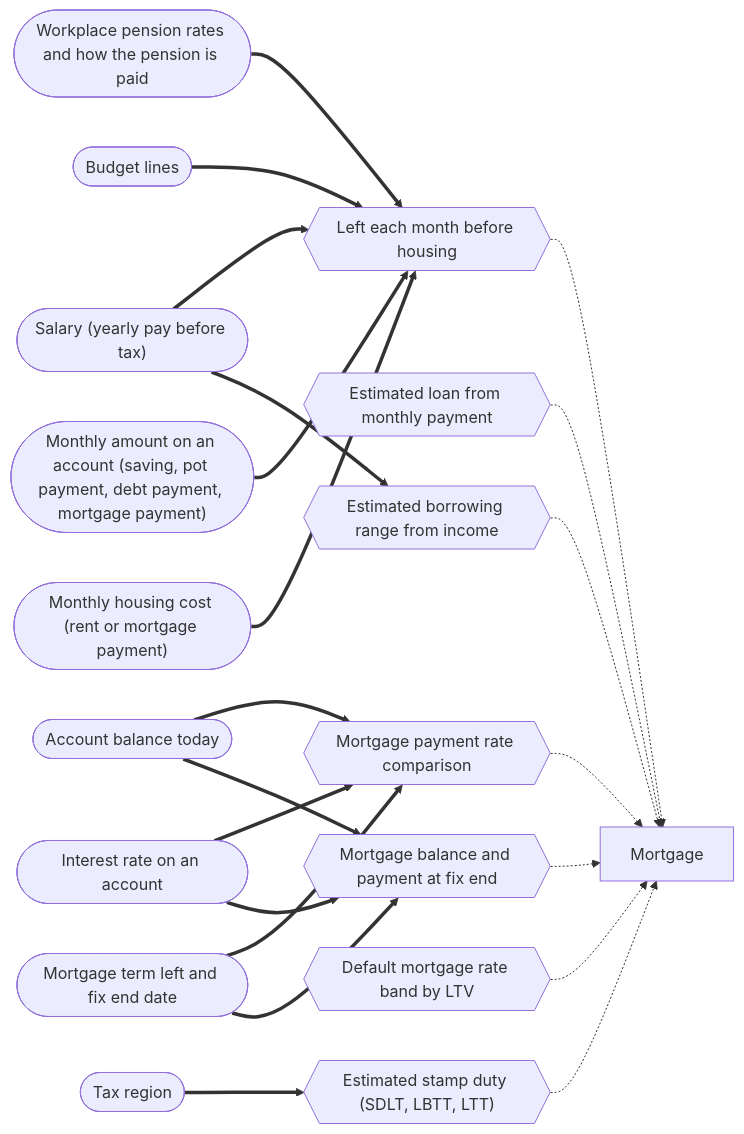
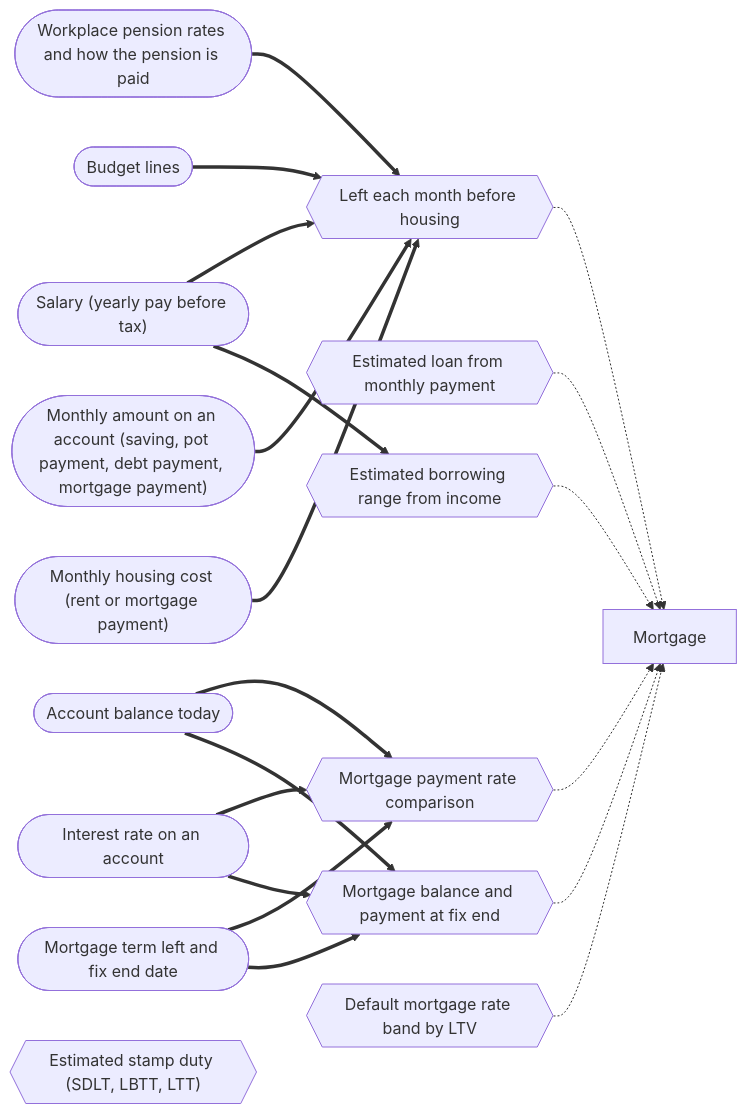
Before and after one commit to mgallagher56/flump: the eighth of 8 diagrams in docs/system/generated/connections.md, drawn with Mermaid. The commit also changed 6 other files, not shown here.

First line of the commit message:
fix(finance-engine): apply independent-review fixes to property tax engine

````diff
--- a/docs/system/generated/connections.md
+++ b/docs/system/generated/connections.md
@@ -598,40 +598,37 @@
 ```mermaid
 flowchart LR
   s_mortgage["Mortgage"]
   g_housing_room{{"Left each month before housing"}}
   f_salary(["Salary (yearly pay before tax)"])
   f_salary ==> g_housing_room
   f_pension_rates(["Workplace pension rates and how the pension is paid"])
   f_pension_rates ==> g_housing_room
   f_budget_entries(["Budget lines"])
   f_budget_entries ==> g_housing_room
   f_account_monthly_amount(["Monthly amount on an account (saving, pot payment, debt payment, mortgage payment)"])
   f_account_monthly_amount ==> g_housing_room
   f_housing_cost(["Monthly housing cost (rent or mortgage payment)"])
   f_housing_cost ==> g_housing_room
   g_housing_room -.-> s_mortgage
   g_mortgage_budget_loan_estimate{{"Estimated loan from monthly payment"}}
   g_mortgage_budget_loan_estimate -.-> s_mortgage
   g_mortgage_income_multiple_range{{"Estimated borrowing range from income"}}
   f_salary ==> g_mortgage_income_multiple_range
   g_mortgage_income_multiple_range -.-> s_mortgage
   g_mortgage_rate_comparison{{"Mortgage payment rate comparison"}}
   f_account_balance(["Account balance today"])
   f_account_balance ==> g_mortgage_rate_comparison
   f_account_rate(["Interest rate on an account"])
   f_account_rate ==> g_mortgage_rate_comparison
   f_mortgage_term_and_fix_end(["Mortgage term left and fix end date"])
   f_mortgage_term_and_fix_end ==> g_mortgage_rate_comparison
   g_mortgage_rate_comparison -.-> s_mortgage
   g_mortgage_fix_end_estimate{{"Mortgage balance and payment at fix end"}}
   f_account_balance ==> g_mortgage_fix_end_estimate
   f_account_rate ==> g_mortgage_fix_end_estimate
   f_mortgage_term_and_fix_end ==> g_mortgage_fix_end_estimate
   g_mortgage_fix_end_estimate -.-> s_mortgage
   g_mortgage_ltv_rate_band{{"Default mortgage rate band by LTV"}}
   g_mortgage_ltv_rate_band -.-> s_mortgage
   g_property_transaction_tax{{"Estimated stamp duty (SDLT, LBTT, LTT)"}}
-  f_tax_region(["Tax region"])
-  f_tax_region ==> g_property_transaction_tax
-  g_property_transaction_tax -.-> s_mortgage
 ```
````
